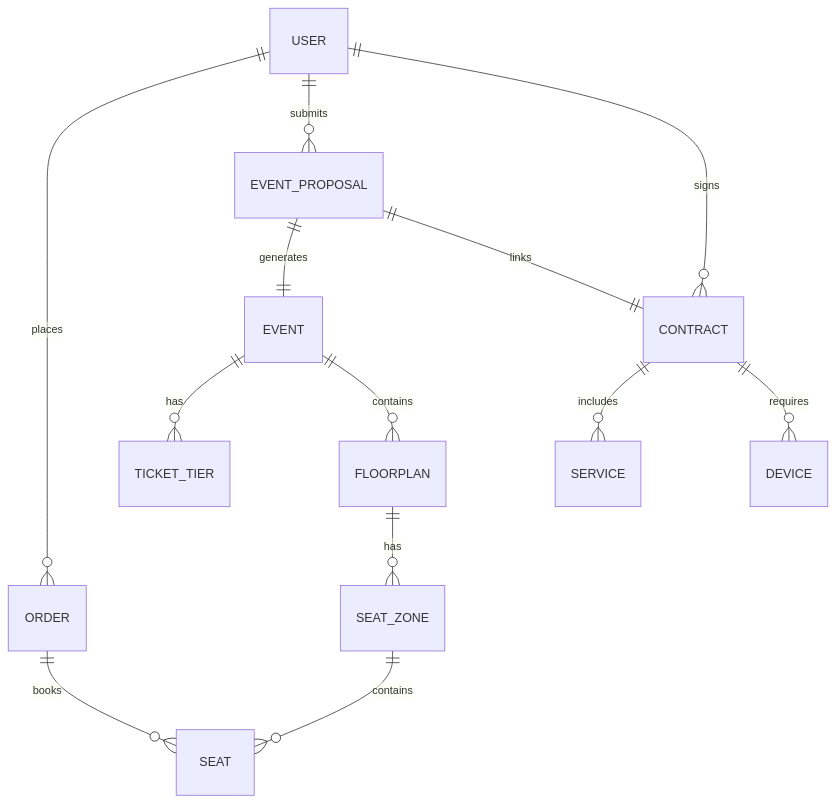
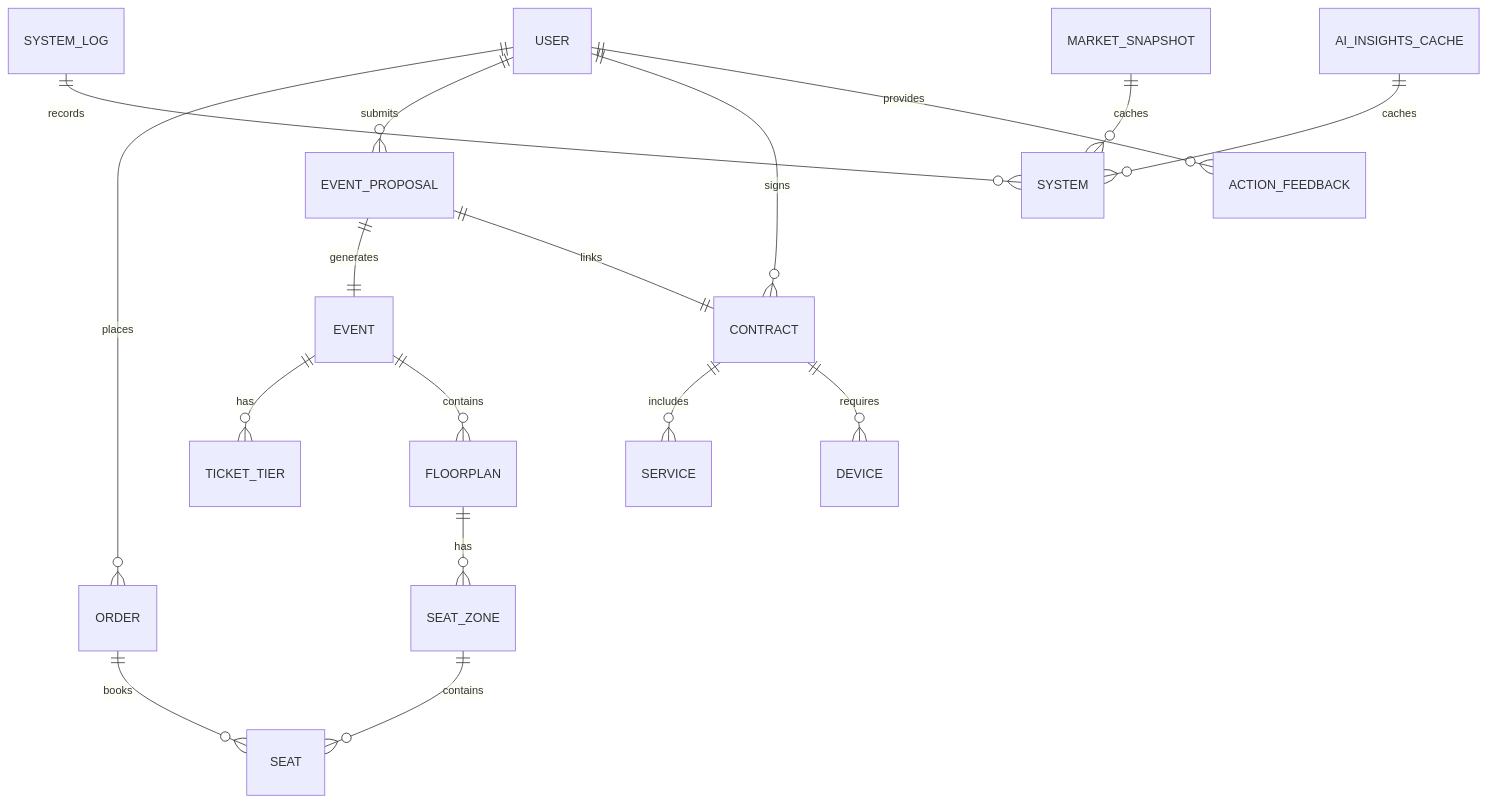
Before and after one commit to HoNhutHao-1006/Baocaocuoiki-GVNguyenTanPhuoc: the fourth of 8 diagrams in README.md, drawn with Mermaid. The commit also changed other lines of this file and 26 other files, not shown here.

````diff
--- a/README.md
+++ b/README.md
@@ -308,15 +310,19 @@
 ```mermaid
 erDiagram
     USER ||--o{ ORDER : places
     USER ||--o{ EVENT_PROPOSAL : submits
     USER ||--o{ CONTRACT : signs
     EVENT_PROPOSAL ||--|| EVENT : generates
     EVENT_PROPOSAL ||--|| CONTRACT : links
     EVENT ||--o{ TICKET_TIER : has
     EVENT ||--o{ FLOORPLAN : contains
     FLOORPLAN ||--o{ SEAT_ZONE : has
     SEAT_ZONE ||--o{ SEAT : contains
     ORDER ||--o{ SEAT : books
     CONTRACT ||--o{ SERVICE : includes
     CONTRACT ||--o{ DEVICE : requires
+    USER ||--o{ ACTION_FEEDBACK : provides
+    SYSTEM_LOG ||--o{ SYSTEM : records
+    MARKET_SNAPSHOT ||--o{ SYSTEM : caches
+    AI_INSIGHTS_CACHE ||--o{ SYSTEM : caches
 ```
````
